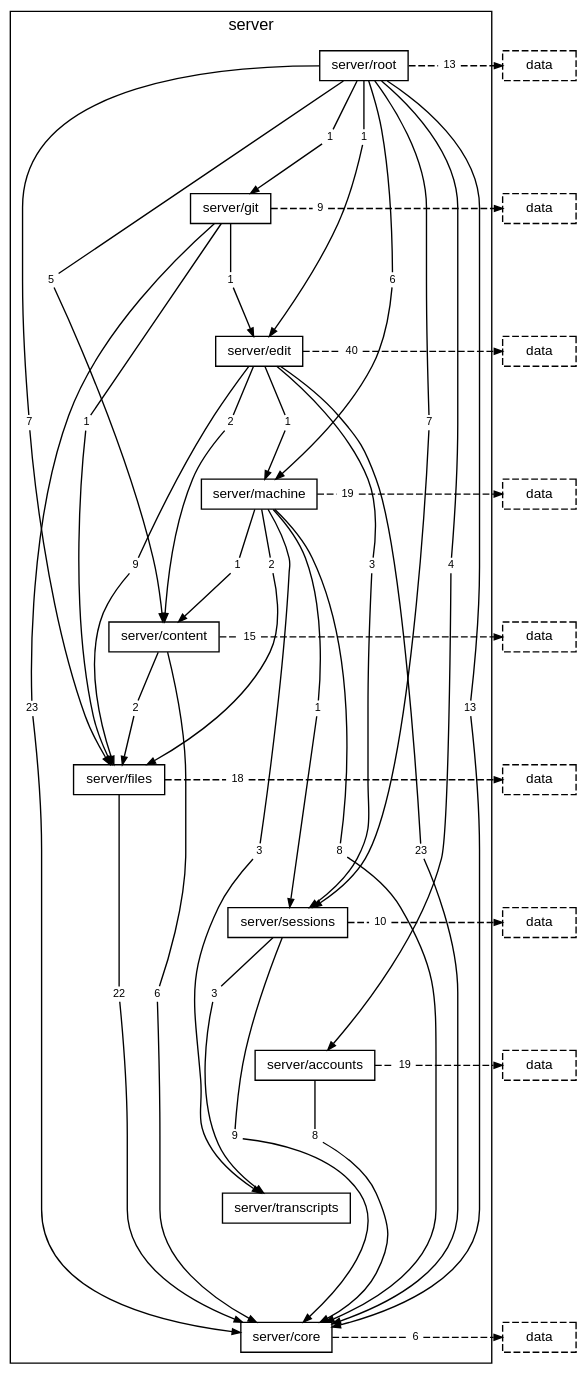
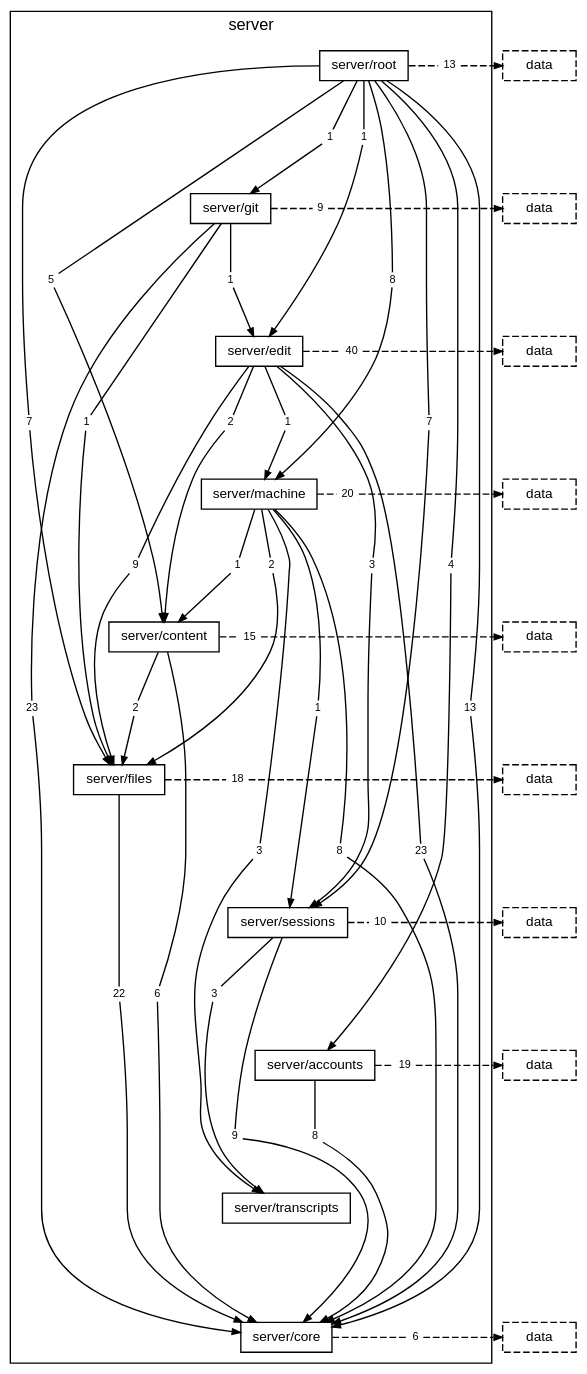
Before and after one commit to TheAxeC/oculus: the diagram in docs/diagrams/layer-server.dot, drawn with Graphviz. The commit also changed 117 other files, not shown here.

```diff
--- a/docs/diagrams/layer-server.dot
+++ b/docs/diagrams/layer-server.dot
@@ -20,7 +20,7 @@
         "folder server/root to folder server/edit" [label="1", shape=box, color="transparent", fontsize=8, width=0, height=0, margin="0.04,0.02"];
         "folder server/root to folder server/files" [label="7", shape=box, color="transparent", fontsize=8, width=0, height=0, margin="0.04,0.02"];
         "folder server/root to folder server/git" [label="1", shape=box, color="transparent", fontsize=8, width=0, height=0, margin="0.04,0.02"];
-        "folder server/root to folder server/machine" [label="6", shape=box, color="transparent", fontsize=8, width=0, height=0, margin="0.04,0.02"];
+        "folder server/root to folder server/machine" [label="8", shape=box, color="transparent", fontsize=8, width=0, height=0, margin="0.04,0.02"];
         "folder server/root to folder server/sessions" [label="7", shape=box, color="transparent", fontsize=8, width=0, height=0, margin="0.04,0.02"];
         "folder server/root to layer data" [label="13", shape=box, color="transparent", fontsize=8, width=0, height=0, margin="0.04,0.02"];
         "folder server/git to folder server/core" [label="23", shape=box, color="transparent", fontsize=8, width=0, height=0, margin="0.04,0.02"];
@@ -38,7 +38,7 @@
         "folder server/machine to folder server/files" [label="2", shape=box, color="transparent", fontsize=8, width=0, height=0, margin="0.04,0.02"];
         "folder server/machine to folder server/sessions" [label="1", shape=box, color="transparent", fontsize=8, width=0, height=0, margin="0.04,0.02"];
         "folder server/machine to folder server/transcripts" [label="3", shape=box, color="transparent", fontsize=8, width=0, height=0, margin="0.04,0.02"];
-        "folder server/machine to layer data" [label="19", shape=box, color="transparent", fontsize=8, width=0, height=0, margin="0.04,0.02"];
+        "folder server/machine to layer data" [label="20", shape=box, color="transparent", fontsize=8, width=0, height=0, margin="0.04,0.02"];
         "folder server/content to folder server/core" [label="6", shape=box, color="transparent", fontsize=8, width=0, height=0, margin="0.04,0.02"];
         "folder server/content to folder server/files" [label="2", shape=box, color="transparent", fontsize=8, width=0, height=0, margin="0.04,0.02"];
         "folder server/content to layer data" [label="15", shape=box, color="transparent", fontsize=8, width=0, height=0, margin="0.04,0.02"];
```
